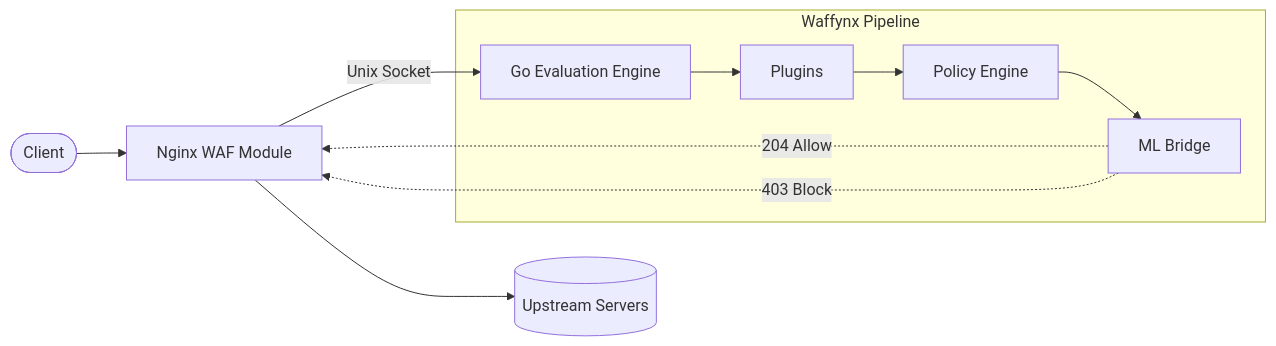
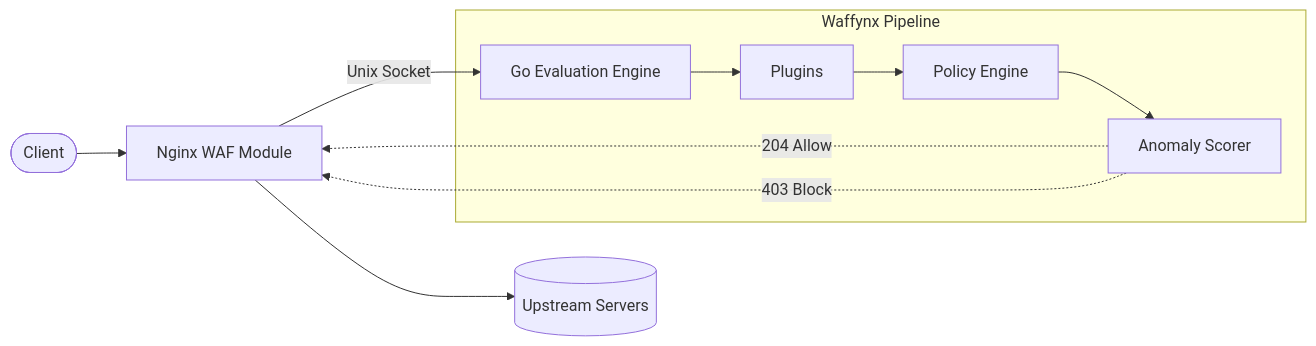
The diagram in README.md (jackby03/waffynx), drawn with Mermaid before and after one commit. The commit also changed other lines of this file and 1 other file, not shown here.

First line of the commit message:
docs: stop calling heuristic scoring "ML", and drop the "stripped-down nginx" claim

````diff
--- a/README.md
+++ b/README.md
@@ -39,16 +39,16 @@
 ```mermaid
 flowchart LR
     Client([Client]) --> Nginx[Nginx WAF Module]
     Nginx -- Unix Socket --> Sidecar[Go Evaluation Engine]
     
     subgraph Waffynx Pipeline
         Sidecar --> Plugins[Plugins]
         Plugins --> Policy[Policy Engine]
-        Policy --> ML[ML Bridge]
+        Policy --> Scorer[Anomaly Scorer]
     end
     
-    ML -. 204 Allow .-> Nginx
-    ML -. 403 Block .-> Nginx
+    Scorer -. 204 Allow .-> Nginx
+    Scorer -. 403 Block .-> Nginx
     
     Nginx --> Backend[(Upstream Servers)]
 ```
````
